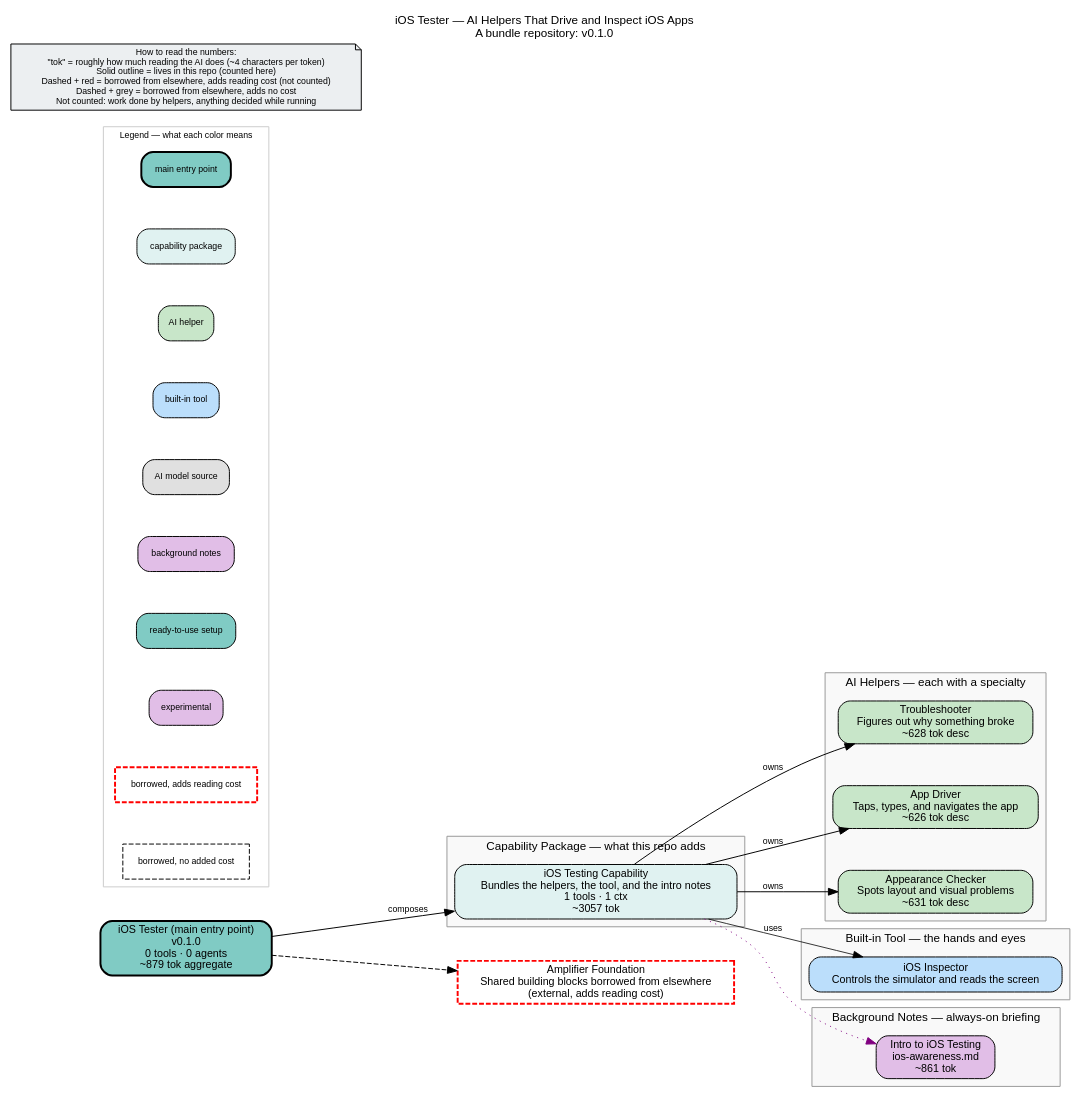
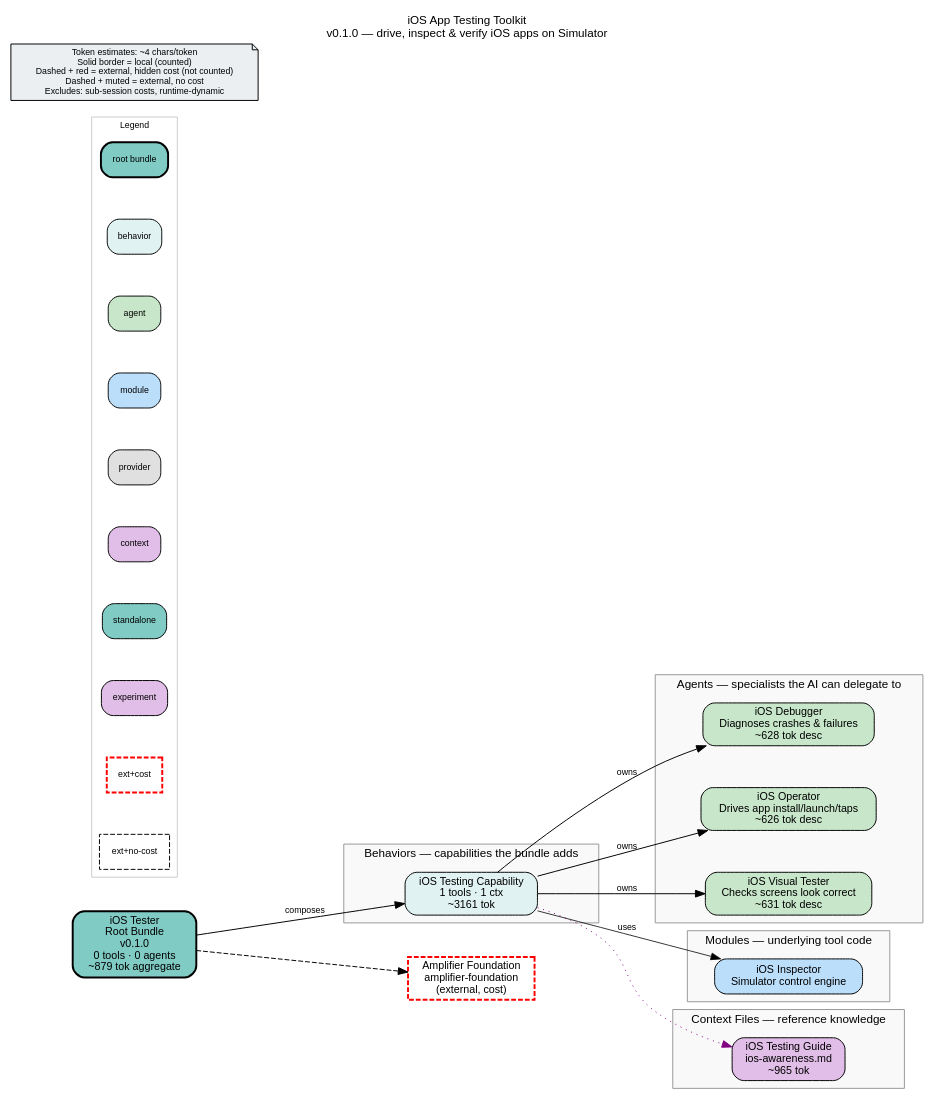
The diagram in bundle.dot (microsoft/amplifier-bundle-ios-tester), drawn with Graphviz before and after one commit. The commit also changed 8 other files, not shown here.

First line of the commit message:
docs: field notes from an extended real-device project (signing bridge, device ops, verification discipline) (#2)

```diff
--- a/bundle.dot
+++ b/bundle.dot
@@ -1,88 +1,88 @@
-// This repository packages a set of AI helpers that drive and inspect iOS apps on a simulator or device — testing them, checking how they look, and diagnosing what went wrong.
-
+// ios-tester: an Amplifier bundle that equips an AI agent to build, install, and
+// interact with iOS apps on a Simulator (and read-only inspect physical devices).
 digraph ios_tester {
     rankdir=LR
     fontname="Helvetica"
     fontsize=12
-    label="iOS Tester — AI Helpers That Drive and Inspect iOS Apps\nA bundle repository: v0.1.0"
+    label="iOS App Testing Toolkit\nv0.1.0 — drive, inspect & verify iOS apps on Simulator"
     labelloc=t
     labeljust=c
     nodesep=0.6
     ranksep=0.7
     bgcolor="white"
-    source_hash="14175dd7a1411bdd8753f083056067f072cf6a70c5481a21e834a0a3cca25c04"
+    source_hash="95a87be3b8afc27339b8e7c124d85566208eea77e076fbf33a5415acc1f21829"
 
     node [fontname="Helvetica", fontsize=11, style="filled,rounded"]
     edge [fontname="Helvetica", fontsize=9]
 
-    root_ios_tester [label="iOS Tester (main entry point)\nv0.1.0\n0 tools · 0 agents\n~879 tok aggregate", shape=box, fillcolor="#80cbc4", style="filled,rounded,bold", penwidth=2]
+    root_ios_tester [label="iOS Tester\nRoot Bundle\nv0.1.0\n0 tools · 0 agents\n~879 tok aggregate", shape=box, fillcolor="#80cbc4", style="filled,rounded,bold", penwidth=2]
 
     subgraph cluster_behaviors {
-        label="Capability Package — what this repo adds"
+        label="Behaviors — capabilities the bundle adds"
         style="filled"
         fillcolor="#f9f9f9"
         color="#999999"
 
-        beh_ios_tester_behavior [label="iOS Testing Capability\nBundles the helpers, the tool, and the intro notes\n1 tools · 1 ctx\n~3057 tok", shape=box, fillcolor="#e0f2f1", style="filled,rounded"]
+        beh_ios_tester_behavior [label="iOS Testing Capability\n1 tools · 1 ctx\n~3161 tok", shape=box, fillcolor="#e0f2f1", style="filled,rounded"]
     }
 
     subgraph cluster_agents {
-        label="AI Helpers — each with a specialty"
+        label="Agents — specialists the AI can delegate to"
         style="filled"
         fillcolor="#f9f9f9"
         color="#999999"
 
-        agt_ios_debugger [label="Troubleshooter\nFigures out why something broke\n~628 tok desc", shape=box, fillcolor="#c8e6c9", style="filled,rounded"]
-        agt_ios_operator [label="App Driver\nTaps, types, and navigates the app\n~626 tok desc", shape=box, fillcolor="#c8e6c9", style="filled,rounded"]
-        agt_ios_visual_tester [label="Appearance Checker\nSpots layout and visual problems\n~631 tok desc", shape=box, fillcolor="#c8e6c9", style="filled,rounded"]
+        agt_ios_debugger [label="iOS Debugger\nDiagnoses crashes & failures\n~628 tok desc", shape=box, fillcolor="#c8e6c9", style="filled,rounded"]
+        agt_ios_operator [label="iOS Operator\nDrives app install/launch/taps\n~626 tok desc", shape=box, fillcolor="#c8e6c9", style="filled,rounded"]
+        agt_ios_visual_tester [label="iOS Visual Tester\nChecks screens look correct\n~631 tok desc", shape=box, fillcolor="#c8e6c9", style="filled,rounded"]
     }
 
     subgraph cluster_modules {
-        label="Built-in Tool — the hands and eyes"
+        label="Modules — underlying tool code"
         style="filled"
         fillcolor="#f9f9f9"
         color="#999999"
 
-        mod_tool_ios_inspector [label="iOS Inspector\nControls the simulator and reads the screen", shape=box, fillcolor="#bbdefb", style="filled,rounded"]
+        mod_tool_ios_inspector [label="iOS Inspector\nSimulator control engine", shape=box, fillcolor="#bbdefb", style="filled,rounded"]
     }
 
     subgraph cluster_context {
-        label="Background Notes — always-on briefing"
+        label="Context Files — reference knowledge"
         style="filled"
         fillcolor="#f9f9f9"
         color="#999999"
 
-        ctx_ios_awareness_md [label="Intro to iOS Testing\nios-awareness.md\n~861 tok", shape=box, fillcolor="#e1bee7", style="filled,rounded"]
+        ctx_ios_awareness_md [label="iOS Testing Guide\nios-awareness.md\n~965 tok", shape=box, fillcolor="#e1bee7", style="filled,rounded"]
     }
 
     subgraph cluster_legend {
-        label="Legend — what each color means"
+        label="Legend"
         style="filled"
         fillcolor="white"
         color="#cccccc"
         fontsize=9
 
-        leg_root [label="main entry point", shape=box, fillcolor="#80cbc4", style="filled,rounded,bold", fontsize=9]
-        leg_behavior [label="capability package", shape=box, fillcolor="#e0f2f1", style="filled,rounded", fontsize=9]
-        leg_agent [label="AI helper", shape=box, fillcolor="#c8e6c9", style="filled,rounded", fontsize=9]
-        leg_module [label="built-in tool", shape=box, fillcolor="#bbdefb", style="filled,rounded", fontsize=9]
-        leg_provider [label="AI model source", shape=box, fillcolor="#e0e0e0", style="filled,rounded", fontsize=9]
-        leg_context [label="background notes", shape=box, fillcolor="#e1bee7", style="filled,rounded", fontsize=9]
-        leg_standalone [label="ready-to-use setup", shape=box, fillcolor="#80cbc4", style="filled,rounded", fontsize=9]
-        leg_experiment [label="experimental", shape=box, fillcolor="#e1bee7", style="filled,rounded", fontsize=9]
-        leg_ext_cost [label="borrowed, adds reading cost", shape=box, fillcolor="#80cbc4", style="dashed", color="red", penwidth=2, fontsize=9]
-        leg_ext_muted [label="borrowed, no added cost", shape=box, fillcolor="#f5f5f5", style="dashed", fontsize=9]
+        leg_root [label="root bundle", shape=box, fillcolor="#80cbc4", style="filled,rounded,bold", fontsize=9]
+        leg_behavior [label="behavior", shape=box, fillcolor="#e0f2f1", style="filled,rounded", fontsize=9]
+        leg_agent [label="agent", shape=box, fillcolor="#c8e6c9", style="filled,rounded", fontsize=9]
+        leg_module [label="module", shape=box, fillcolor="#bbdefb", style="filled,rounded", fontsize=9]
+        leg_provider [label="provider", shape=box, fillcolor="#e0e0e0", style="filled,rounded", fontsize=9]
+        leg_context [label="context", shape=box, fillcolor="#e1bee7", style="filled,rounded", fontsize=9]
+        leg_standalone [label="standalone", shape=box, fillcolor="#80cbc4", style="filled,rounded", fontsize=9]
+        leg_experiment [label="experiment", shape=box, fillcolor="#e1bee7", style="filled,rounded", fontsize=9]
+        leg_ext_cost [label="ext+cost", shape=box, fillcolor="#80cbc4", style="dashed", color="red", penwidth=2, fontsize=9]
+        leg_ext_muted [label="ext+no-cost", shape=box, fillcolor="#f5f5f5", style="dashed", fontsize=9]
     }
 
-    disclaimer [label="How to read the numbers:\n\"tok\" = roughly how much reading the AI does (~4 characters per token)\nSolid outline = lives in this repo (counted here)\nDashed + red = borrowed from elsewhere, adds reading cost (not counted)\nDashed + grey = borrowed from elsewhere, adds no cost\nNot counted: work done by helpers, anything decided while running", shape=note, fillcolor="#eceff1", style="filled", fontsize=9]
+    disclaimer [label="Token estimates: ~4 chars/token\nSolid border = local (counted)\nDashed + red = external, hidden cost (not counted)\nDashed + muted = external, no cost\nExcludes: sub-session costs, runtime-dynamic", shape=note, fillcolor="#eceff1", style="filled", fontsize=9]
 
-    ext_githttps___github_com_microsoft_amplifier_foundation_main [label="Amplifier Foundation\nShared building blocks borrowed from elsewhere\n(external, adds reading cost)", shape=box, fillcolor="#80cbc4", style="dashed", color="red", penwidth=2]
+    ext_githttps___github_com_microsoft_amplifier_foundation_main [label="Amplifier Foundation\namplifier-foundation\n(external, cost)", shape=box, fillcolor="#80cbc4", style="dashed", color="red", penwidth=2]
 
     root_ios_tester -> ext_githttps___github_com_microsoft_amplifier_foundation_main [style=dashed]
     root_ios_tester -> beh_ios_tester_behavior [label="composes"]
     beh_ios_tester_behavior -> agt_ios_operator [label="owns"]
     beh_ios_tester_behavior -> agt_ios_visual_tester [label="owns"]
     beh_ios_tester_behavior -> agt_ios_debugger [label="owns"]
     beh_ios_tester_behavior -> mod_tool_ios_inspector [label="uses", penwidth=0.8]
     beh_ios_tester_behavior -> ctx_ios_awareness_md [style=dotted, color=purple]
 }
```
